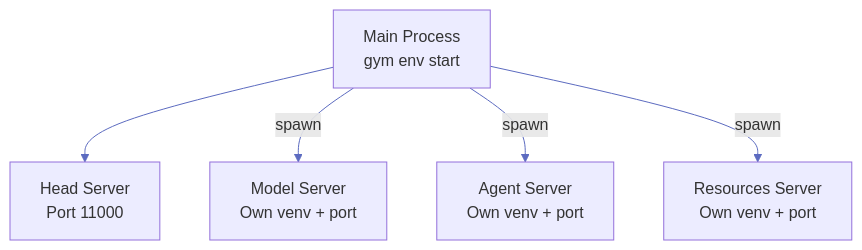
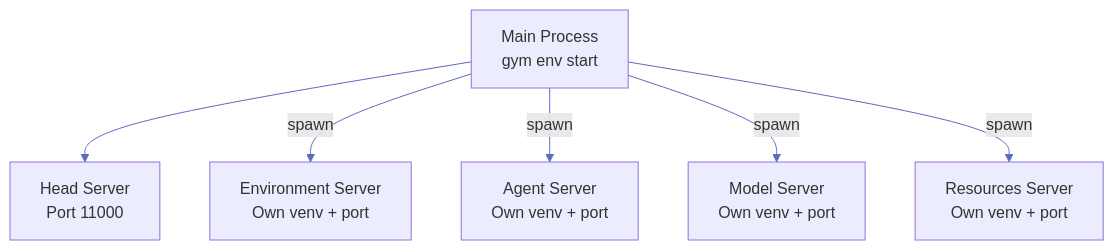
One commit to roudimit/Gym changed the second of 4 diagrams in fern/versions/latest/pages/infrastructure/engineering-notes/system-design.mdx. Above: the diagram before and after it, drawn with Mermaid. The commit also changed other lines of this file, not shown here.

First line of the commit message:
docs(infrastructure): correct system design page startup and rollout flow (#4101)

````diff
--- a/fern/versions/latest/pages/infrastructure/engineering-notes/system-design.mdx
+++ b/fern/versions/latest/pages/infrastructure/engineering-notes/system-design.mdx
@@ -47,14 +73,16 @@
 ```mermaid
 %%{init: {'theme': 'default', 'themeVariables': { 'lineColor': '#5c6bc0', 'primaryTextColor': '#333'}}}%%
 flowchart TB
     Main["Main Process<br/>gym env start"]
     Head["Head Server<br/>Port 11000"]
+    Env["Environment Server<br/>Own venv + port"]
+    Agent["Agent Server<br/>Own venv + port"]
     Model["Model Server<br/>Own venv + port"]
-    Agent["Agent Server<br/>Own venv + port"]
     Resources["Resources Server<br/>Own venv + port"]
-    
+
     Main --> Head
+    Main -->|spawn| Env
+    Main -->|spawn| Agent
     Main -->|spawn| Model
-    Main -->|spawn| Agent
     Main -->|spawn| Resources
 ```
````
